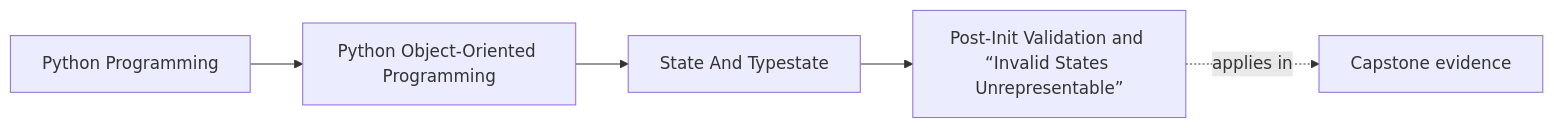
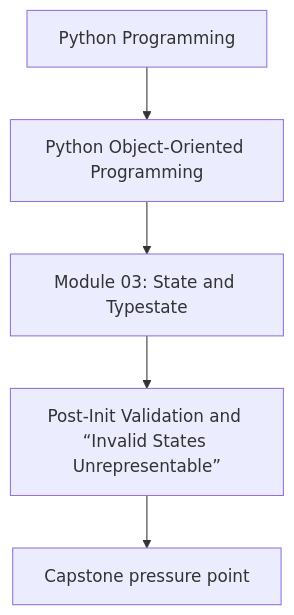
Before and after one commit to bijux/bijux-masterclass: the first of 2 diagrams in programs/python-programming/python-object-oriented-programming/course-book/module-03-state-and-typestate/post-init-validation-and-invariants.md, drawn with Mermaid. The commit also changed other lines of this file and 107 other files, not shown here.

Commit message:
docs(python-object-oriented-programming): align concept page diagrams

````diff
--- a/programs/python-programming/python-object-oriented-programming/course-book/module-03-state-and-typestate/post-init-validation-and-invariants.md
+++ b/programs/python-programming/python-object-oriented-programming/course-book/module-03-state-and-typestate/post-init-validation-and-invariants.md
@@ -7,11 +7,7 @@
 ```mermaid
-graph LR
-  family["Python Programming"]
-  program["Python Object-Oriented Programming"]
-  section["State And Typestate"]
-  page["Post-Init Validation and “Invalid States Unrepresentable”"]
-  capstone["Capstone evidence"]
-
-  family --> program --> section --> page
-  page -.applies in.-> capstone
+flowchart TD
+  family["Python Programming"] --> program["Python Object-Oriented Programming"]
+  program --> module["Module 03: State and Typestate"]
+  module --> concept["Post-Init Validation and “Invalid States Unrepresentable”"]
+  concept --> capstone["Capstone pressure point"]
 ```
````
